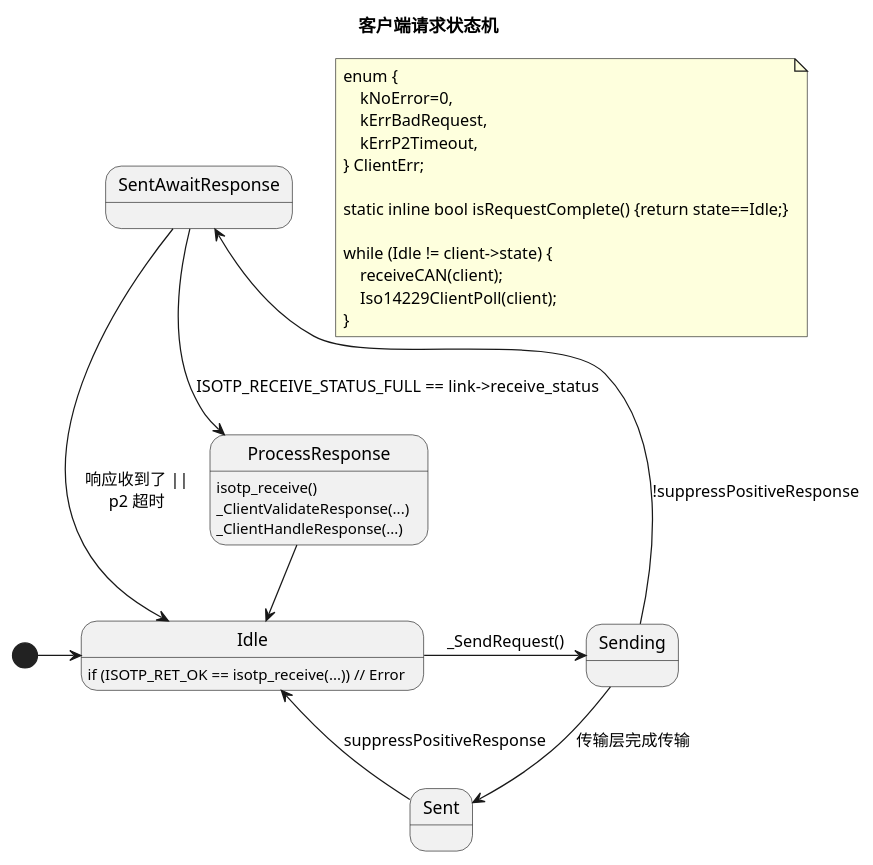
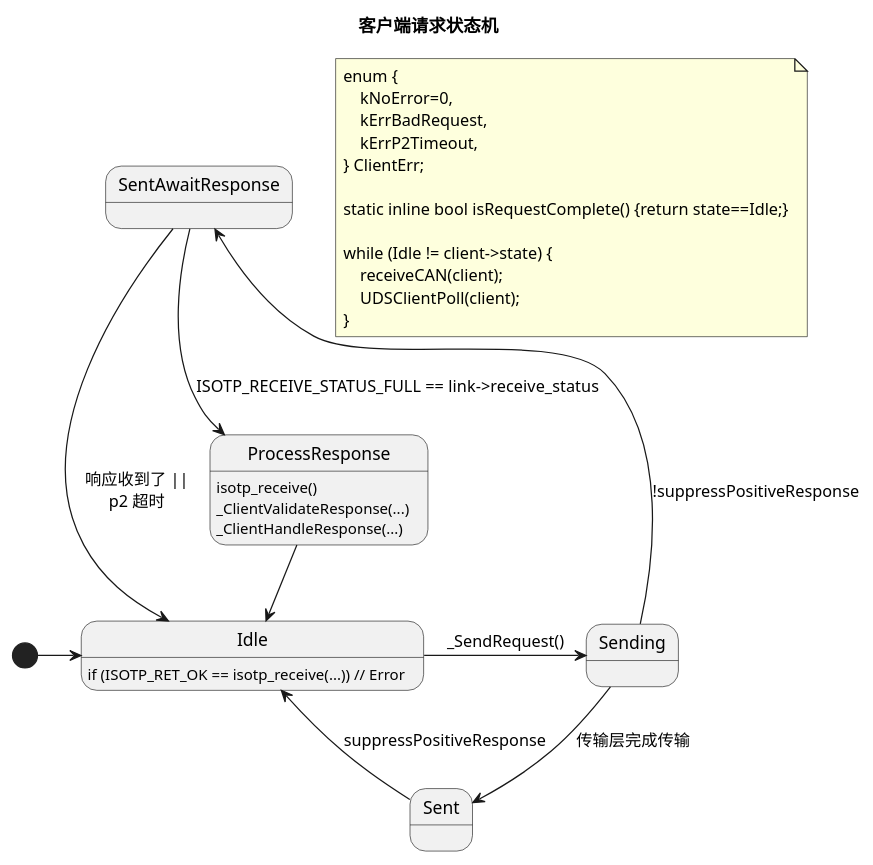
One commit to driftregion/iso14229 changed the first of 5 diagrams in README_zh.md. Above: the diagram before and after it, drawn with PlantUML. The commit also changed other lines of this file and 36 other files, not shown here.

````diff
--- a/README_zh.md
+++ b/README_zh.md
@@ -131,41 +166,41 @@
 ```plantuml
 @startuml
 title 客户端请求状态机
 note as N1
 enum {
     kNoError=0,
     kErrBadRequest,
     kErrP2Timeout,
 } ClientErr;
 
 static inline bool isRequestComplete() {return state==Idle;}
 
 while (Idle != client->state) {
     receiveCAN(client);
-    Iso14229ClientPoll(client);
+    UDSClientPoll(client);
 }
 end note
 
 state Idle
 state Sending
 state Sent
 state SentAwaitResponse
 state ProcessResponse
 Idle: if (ISOTP_RET_OK == isotp_receive(...)) // Error
 ProcessResponse: isotp_receive()
 ProcessResponse: _ClientValidateResponse(...)
 ProcessResponse: _ClientHandleResponse(...)
 
 Sending --> Sent: 传输层完成传输 
 
 Sent --> Idle : suppressPositiveResponse
 Sending --> SentAwaitResponse: !suppressPositiveResponse
 SentAwaitResponse -> Idle: 响应收到了 ||\np2 超时
 SentAwaitResponse --> ProcessResponse : ISOTP_RECEIVE_STATUS_FULL == link->receive_status
 ProcessResponse --> Idle
 
 [*] -> Idle
 Idle -> Sending : _SendRequest()
 
 @enduml
 ```
````
